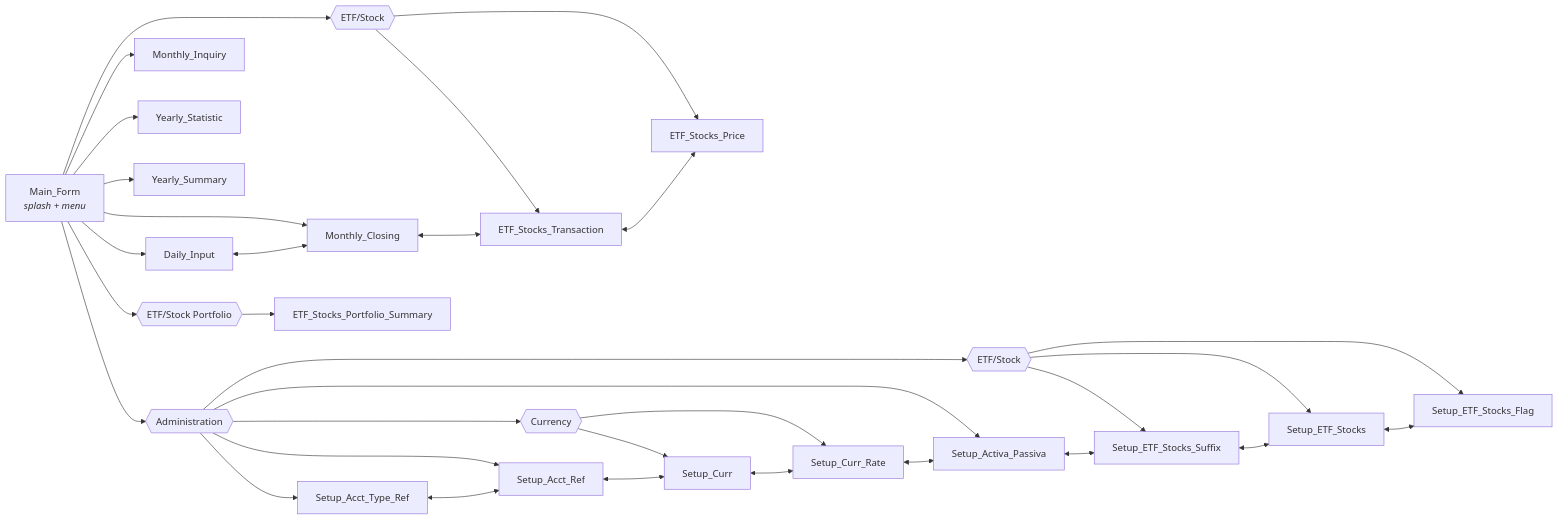
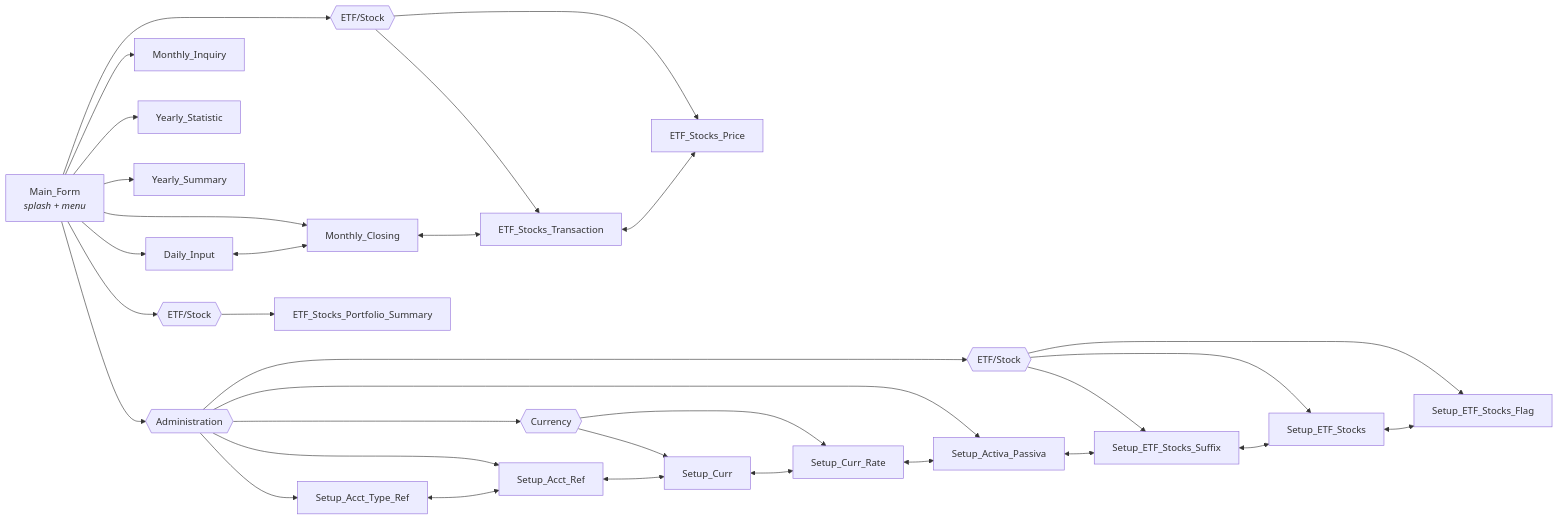
One commit to oscar-rijadi/FinancialBalance changed the second of 3 diagrams in README.md. Above: the diagram before and after it, drawn with Mermaid. The commit also changed other lines of this file and 28 other files, not shown here.

Commit message:
Implement flag Main Only Portfolio in Portfolio Summary

````diff
--- a/README.md
+++ b/README.md
@@ -101,39 +101,39 @@
 ```mermaid
 flowchart LR
     MAIN["Main_Form<br/><i>splash + menu</i>"]
 
     MAIN --> DI["Daily_Input"]
     MAIN --> MC["Monthly_Closing"]
     MAIN --> PETFG{{"ETF/Stock"}}
     PETFG --> ETX["ETF_Stocks_Transaction"]
     PETFG --> ETP["ETF_Stocks_Price"]
     MAIN --> MI["Monthly_Inquiry"]
     MAIN --> YT["Yearly_Statistic"]
     MAIN --> YS["Yearly_Summary"]
-    MAIN --> PORTG{{"ETF/Stock Portfolio"}}
+    MAIN --> PORTG{{"ETF/Stock"}}
     PORTG --> PSUM["ETF_Stocks_Portfolio_Summary"]
 
     MAIN --> ADMIN{{"Administration"}}
     ADMIN --> SATR["Setup_Acct_Type_Ref"]
     ADMIN --> SAR["Setup_Acct_Ref"]
     ADMIN --> CURG{{"Currency"}}
     CURG --> SC["Setup_Curr"]
     CURG --> SCR["Setup_Curr_Rate"]
     ADMIN --> SAP["Setup_Activa_Passiva"]
     ADMIN --> ETFG{{"ETF/Stock"}}
     ETFG --> SES["Setup_ETF_Stocks_Suffix"]
     ETFG --> SET["Setup_ETF_Stocks"]
     ETFG --> SEF["Setup_ETF_Stocks_Flag"]
 
     DI <--> MC
     MC <--> ETX
     ETX <--> ETP
 
     SATR <--> SAR
     SAR <--> SC
     SC <--> SCR
     SCR <--> SAP
     SAP <--> SES
     SES <--> SET
     SET <--> SEF
 ```
````
